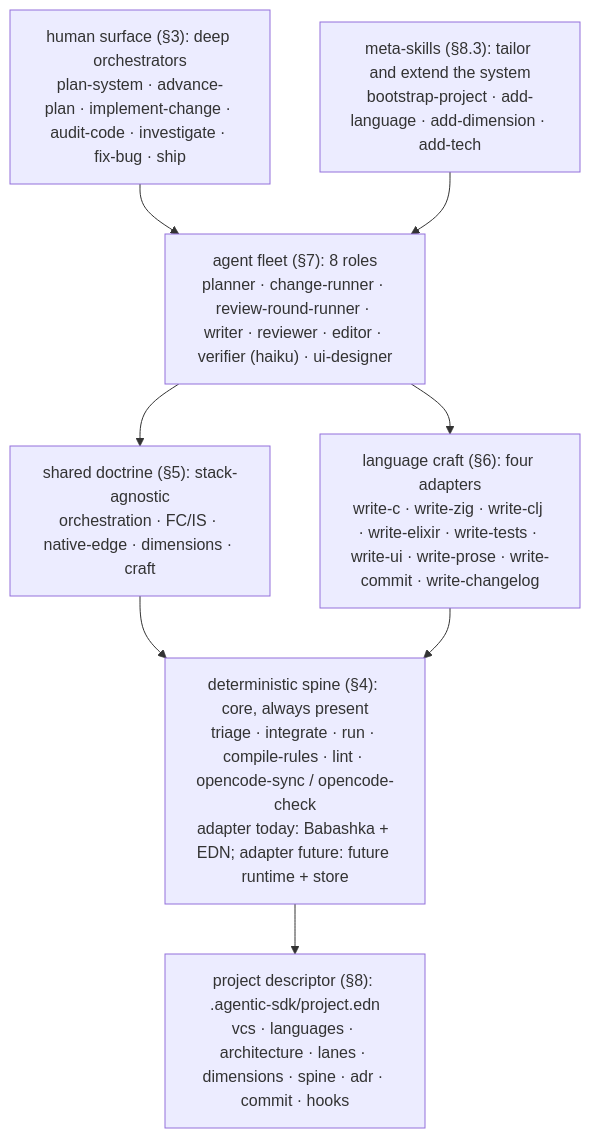
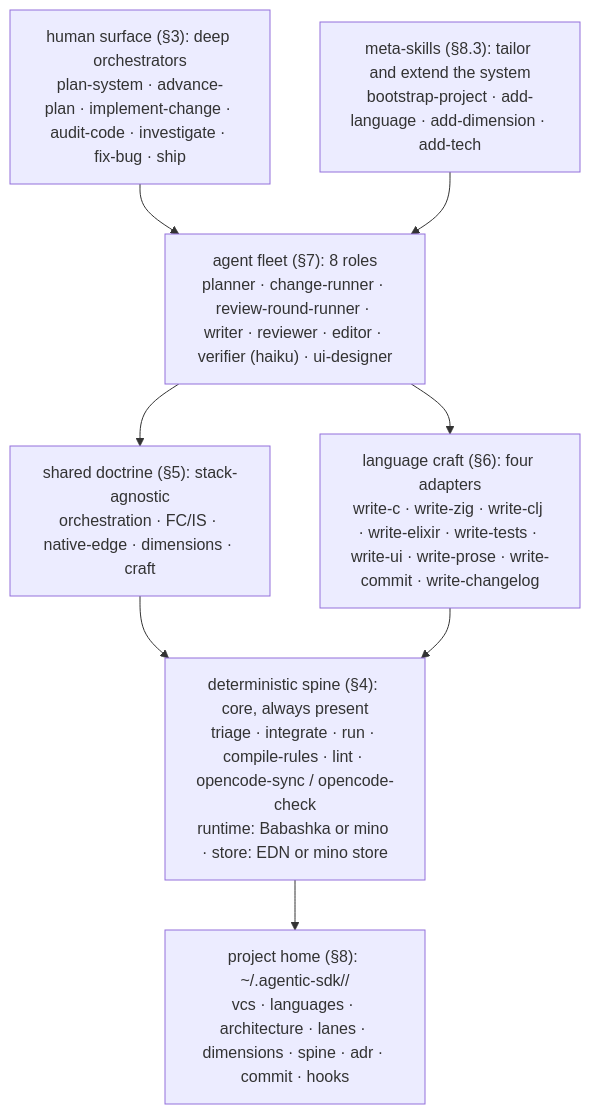
The diagram in docs/design.md (leifericf/agentic-sdk), drawn with Mermaid before and after one commit. The commit also changed other lines of this file and 62 other files, not shown here.

Commit message:
Refactor: Move project state to home dir and add agentic CLI

````diff
--- a/docs/design.md
+++ b/docs/design.md
@@ -57,15 +57,15 @@
 ```mermaid
 flowchart TD
   EP["human surface (§3): deep orchestrators<br/>plan-system · advance-plan · implement-change · audit-code · investigate · fix-bug · ship"]
   MS["meta-skills (§8.3): tailor and extend the system<br/>bootstrap-project · add-language · add-dimension · add-tech"]
   AG["agent fleet (§7): 8 roles<br/>planner · change-runner · review-round-runner · writer · reviewer · editor · verifier (haiku) · ui-designer"]
   SD["shared doctrine (§5): stack-agnostic<br/>orchestration · FC/IS · native-edge · dimensions · craft"]
   LC["language craft (§6): four adapters<br/>write-c · write-zig · write-clj · write-elixir · write-tests · write-ui · write-prose · write-commit · write-changelog"]
-  SP["deterministic spine (§4): core, always present<br/>triage · integrate · run · compile-rules · lint · opencode-sync / opencode-check<br/>adapter today: Babashka + EDN; adapter future: future runtime + store"]
-  PD["project descriptor (§8): .agentic-sdk/project.edn<br/>vcs · languages · architecture · lanes · dimensions · spine · adr · commit · hooks"]
+  SP["deterministic spine (§4): core, always present<br/>triage · integrate · run · compile-rules · lint · opencode-sync / opencode-check<br/>runtime: Babashka or mino · store: EDN or mino store"]
+  PD["project home (§8): ~/.agentic-sdk/<project>/<br/>vcs · languages · architecture · lanes · dimensions · spine · adr · commit · hooks"]
   EP --> AG
   MS --> AG
   AG --> SD & LC
   SD & LC --> SP
   SP --> PD
 ```
````
